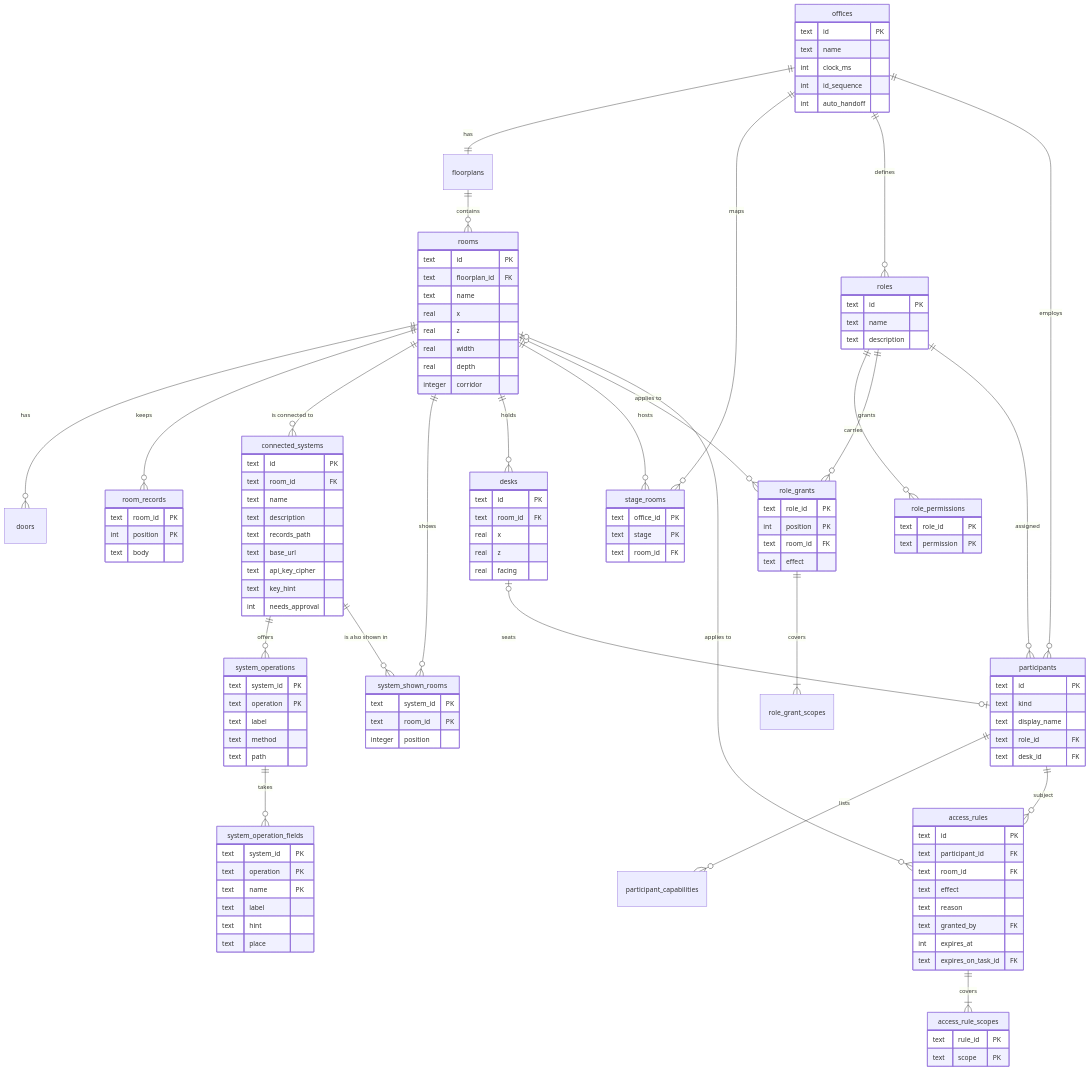
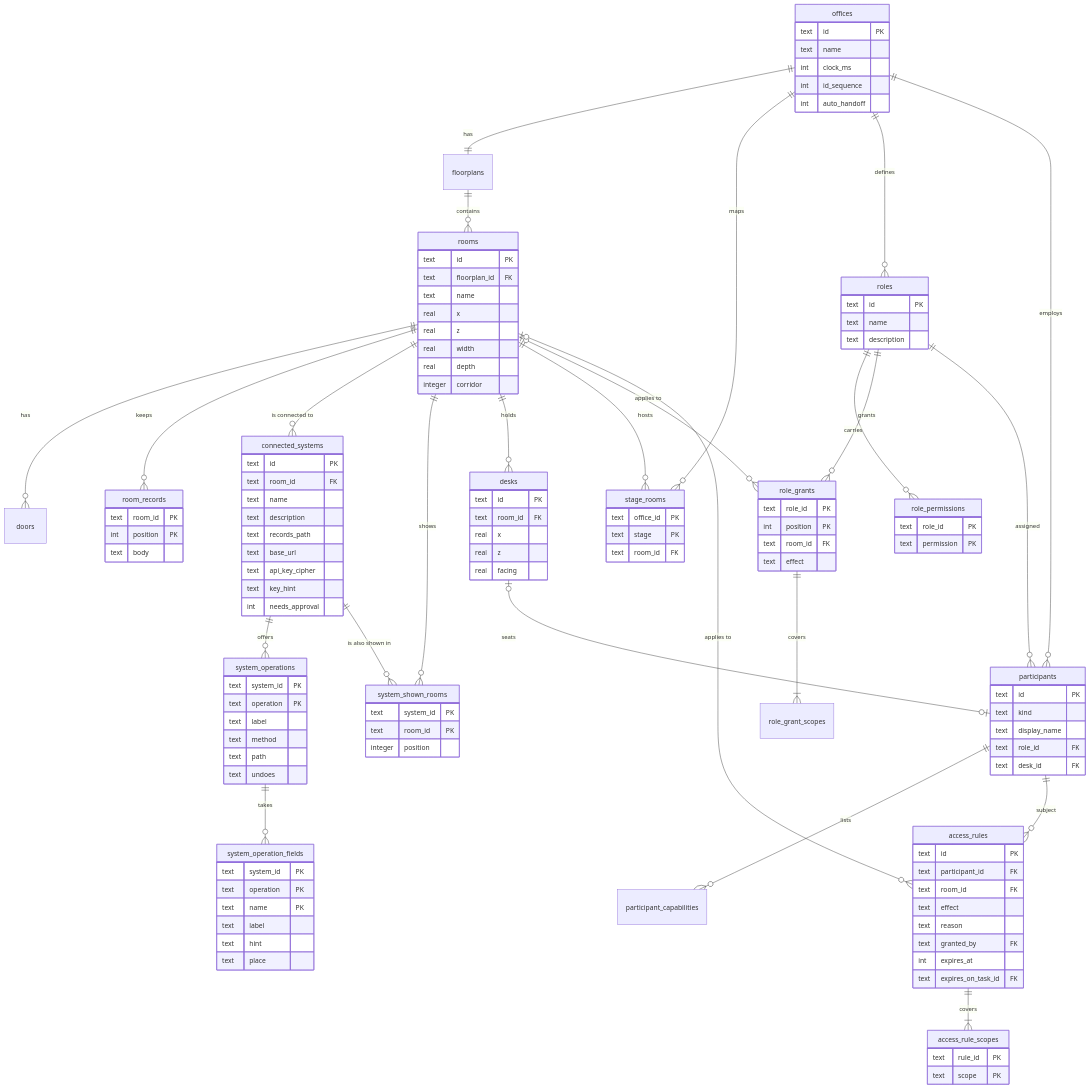
Before and after one commit to seyitgkc/ai-virtual-office: diagram 12 of 16 in README.md, drawn with Mermaid. The commit also changed other lines of this file, not shown here.

```diff
--- a/README.md
+++ b/README.md
@@ -1227,6 +1267,7 @@
     text label
     text method
     text path
+    text undoes
   }
   system_shown_rooms {
     text system_id PK
```
